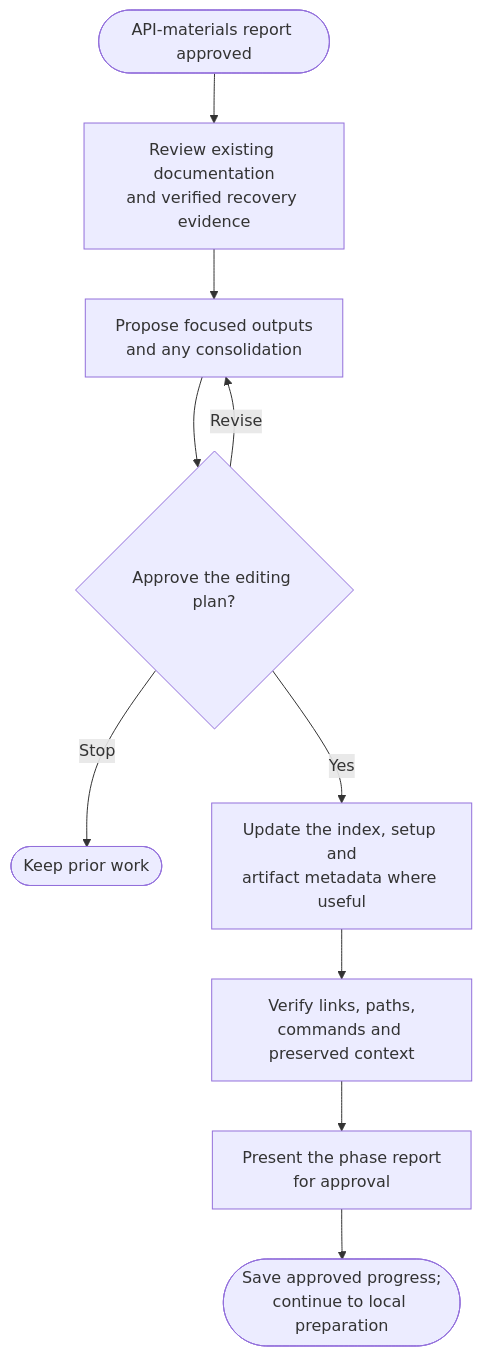
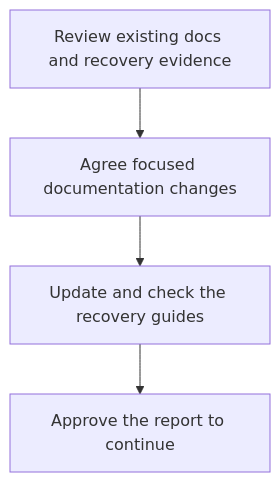
The diagram in docs/commands/archive/4-documentation.md (myowinthein/agent-helm), drawn with Mermaid before and after one commit. The commit also changed other lines of this file and 20 other files, not shown here.

````diff
--- a/docs/commands/archive/4-documentation.md
+++ b/docs/commands/archive/4-documentation.md
@@ -15,12 +15,6 @@
 ```mermaid
 flowchart TD
-  Start(["API-materials report approved"]) --> Inventory["Review existing documentation<br/>and verified recovery evidence"]
-  Inventory --> Plan["Propose focused outputs<br/>and any consolidation"]
-  Plan --> Approval{"Approve the editing plan?"}
-  Approval -->|Revise| Plan
-  Approval -->|Stop| End(["Keep prior work"])
-  Approval -->|Yes| Write["Update the index, setup and<br/>artifact metadata where useful"]
-  Write --> Check["Verify links, paths,<br/>commands and preserved context"]
-  Check --> Report["Present the phase report<br/>for approval"]
-  Report --> Next(["Save approved progress;<br/>continue to local preparation"])
+  Review["Review existing docs and recovery evidence"] --> Plan["Agree focused documentation changes"]
+  Plan --> Write["Update and check the recovery guides"]
+  Write --> Next["Approve the report to continue"]
 ```
````
